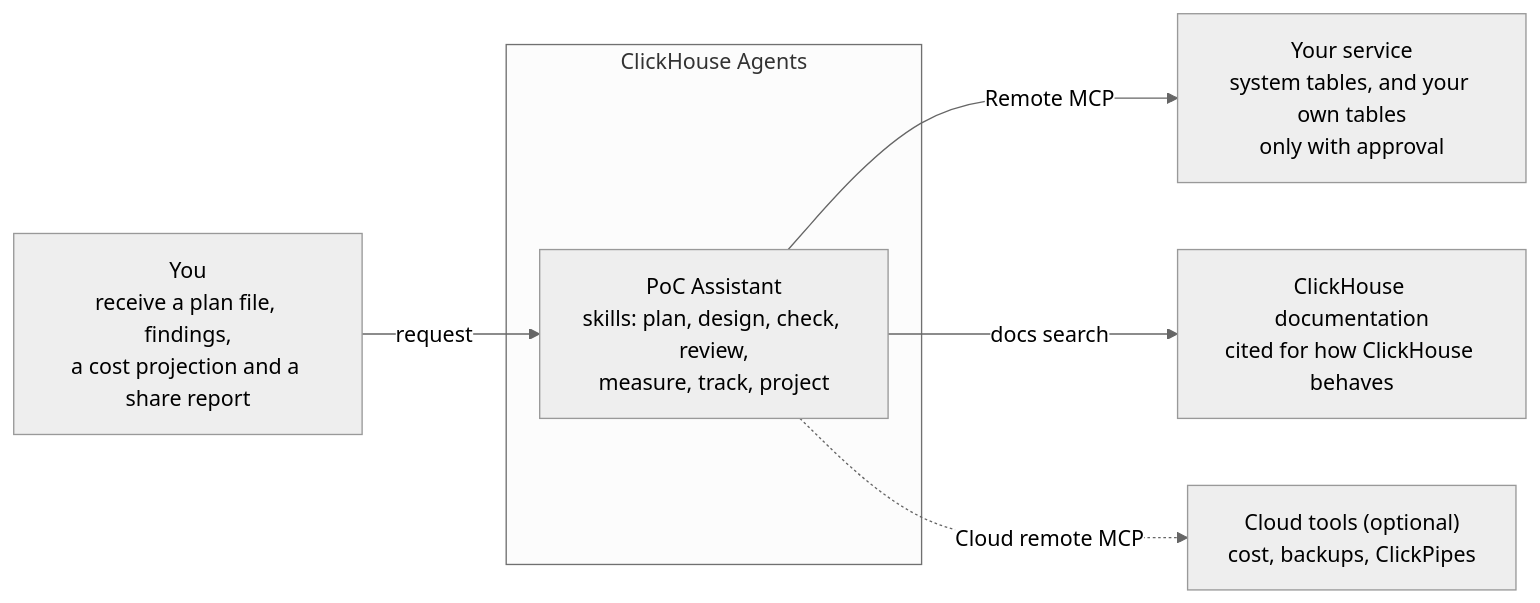
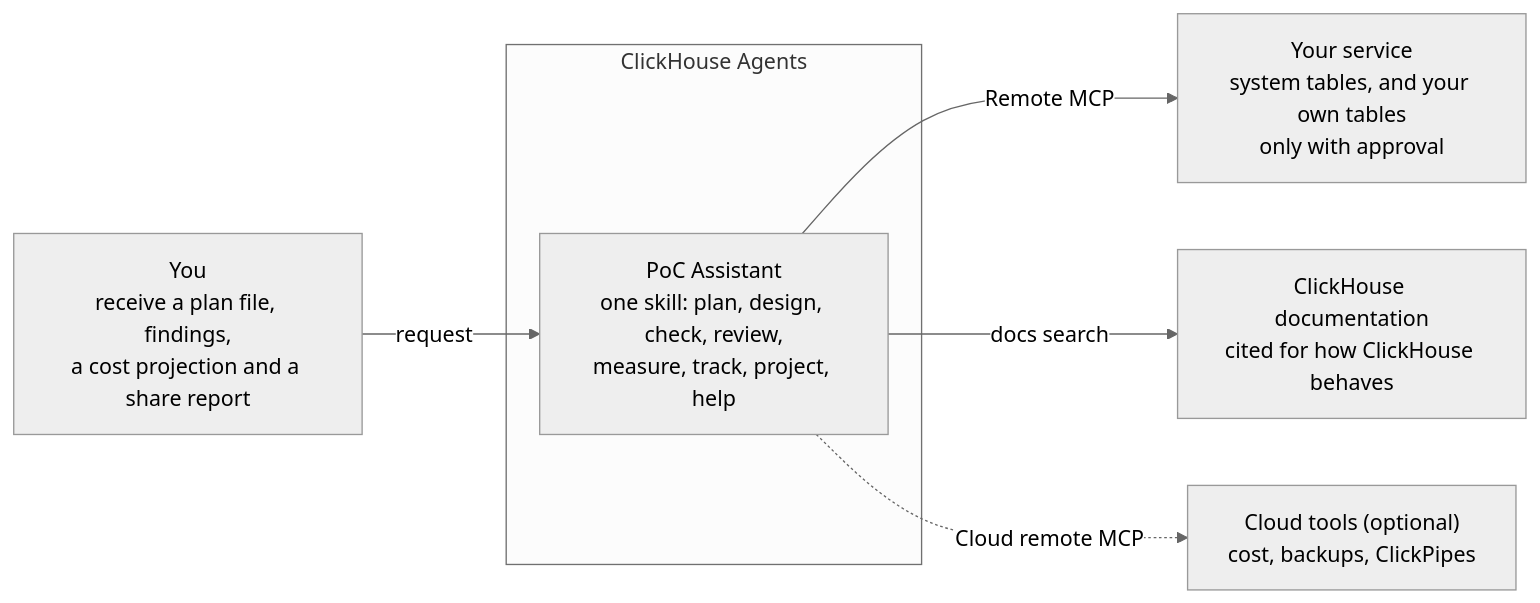
Before and after one commit to tkykenmt-at-ch/clickhouse-poc-assistant: the diagram in README.md, drawn with Mermaid (neutral theme). The commit also changed other lines of this file and 31 other files, not shown here.

First line of the commit message:
Make the assistant one skill with a help stage (#5)

````diff
--- a/README.md
+++ b/README.md
@@ -57,14 +58,14 @@
 ```mermaid
 flowchart LR
     U["You<br/>receive a plan file, findings,<br/>a cost projection and a share report"]
     subgraph AG["ClickHouse Agents"]
-        A["PoC Assistant<br/>skills: plan, design, check, review,<br/>measure, track, project"]
+        A["PoC Assistant<br/>one skill: plan, design, check, review,<br/>measure, track, project, help"]
     end
     SVC["Your service<br/>system tables, and your own tables<br/>only with approval"]
     D["ClickHouse documentation<br/>cited for how ClickHouse behaves"]
     C["Cloud tools (optional)<br/>cost, backups, ClickPipes"]
     U -- "request" --> A
     A -- "Remote MCP" --> SVC
     A -- "docs search" --> D
     A -. "Cloud remote MCP" .-> C
 ```
````
